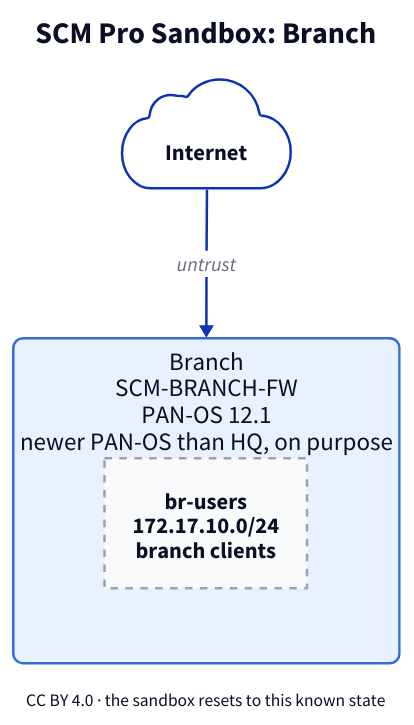
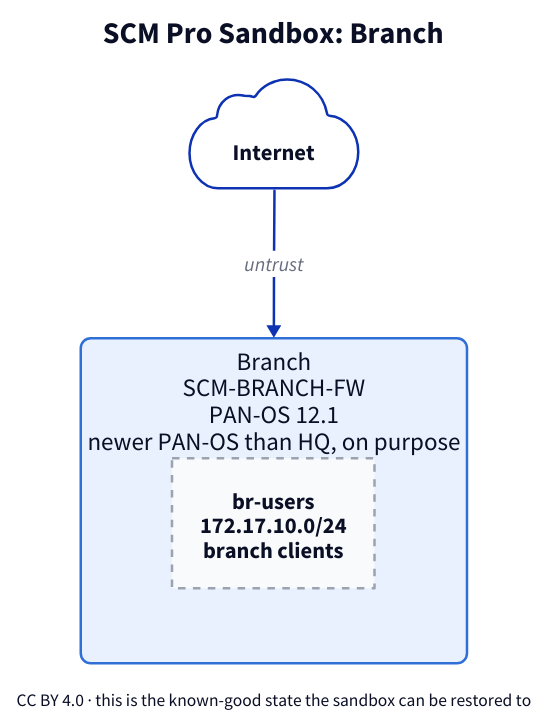
The diagram in drawings/branch.d2 (gegrsyn/SCMPro-Sandbox), drawn with D2 before and after one commit. The commit also changed 8 other files, not shown here.

Commit message:
No scheduled resets: the sandbox can be restored on demand

```diff
--- a/drawings/branch.d2
+++ b/drawings/branch.d2
@@ -1,15 +1,15 @@
 direction: down
 title: "SCM Pro Sandbox: Branch" {near: top-center; shape: text; style.font-size: 24; style.bold: true}
 
 internet: {
   label: "Internet"
   shape: cloud; style: {font-size: 18}
 }
 fw: {
   label: "Branch\nSCM-BRANCH-FW\nPAN-OS 12.1\nnewer PAN-OS than HQ, on purpose"
   style: {fill: "#e8f1fd"; stroke: "#2f6fd6"; border-radius: 8; font-size: 20}
   grid-columns: 2
   br-users: "br-users\n172.17.10.0/24\nbranch clients" {style: {fill: "#f8fafc"; stroke: "#9aa3af"; stroke-dash: 3; font-size: 18}}
 }
 internet -> fw: "untrust" {style: {font-size: 16}}
-foot: "CC BY 4.0 · the sandbox resets to this known state" {shape: text; near: bottom-center; style.font-size: 14}
+foot: "CC BY 4.0 · this is the known-good state the sandbox can be restored to" {shape: text; near: bottom-center; style.font-size: 14}
```
